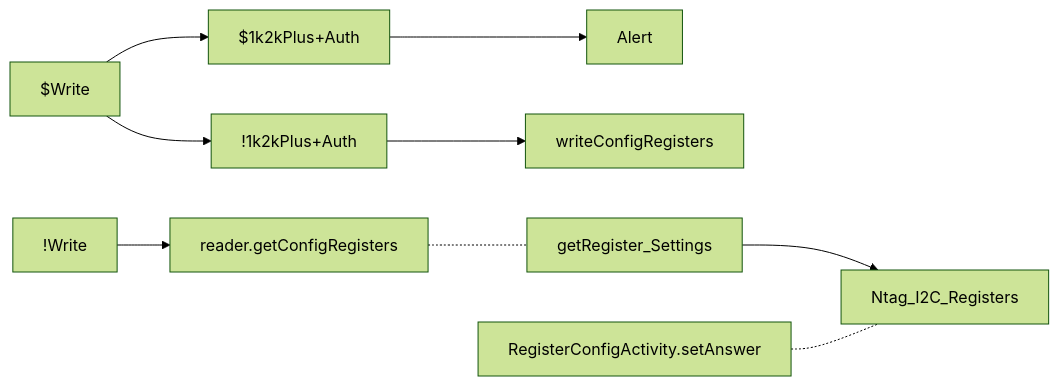
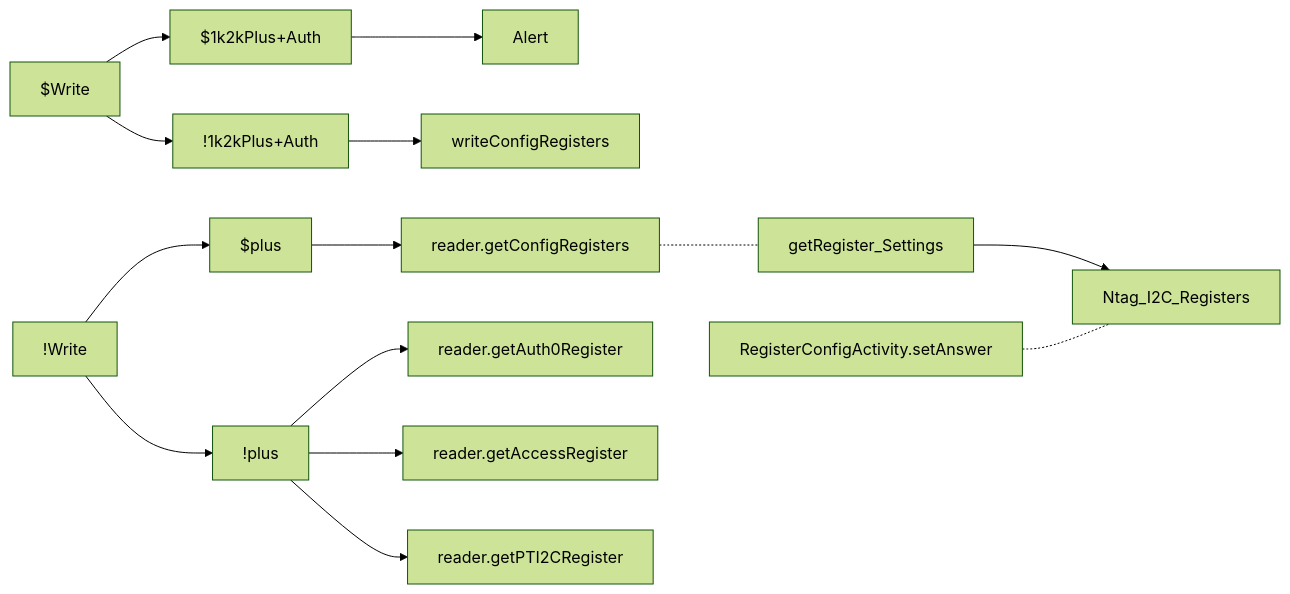
Before and after one commit to gordianknotC/nxp_note: the ninth of 9 diagrams in nxp/NtagDemo_mermaid.md, drawn with Mermaid (forest theme). The commit also changed other lines of this file, not shown here.

Commit message:
nxp/NtagDemo_mermaid.md updated from https://stackedit.io/

````diff
--- a/nxp/NtagDemo_mermaid.md
+++ b/nxp/NtagDemo_mermaid.md
@@ -285,18 +285,23 @@
 ```mermaid
 graph LR
 $Write
 !Write
 $1k2kPlus+Auth
 !1k2kPlus+Auth
 
 $Write --> $1k2kPlus+Auth
 $1k2kPlus+Auth --> Alert
 $Write --> !1k2kPlus+Auth
 !1k2kPlus+Auth --> writeConfigRegisters
 
-!Write --> 
-reader.getConfigRegisters
+!Write --> $plus 
+$plus --> reader.getConfigRegisters
 reader.getConfigRegisters -.- getRegister_Settings
 getRegister_Settings --> Ntag_I2C_Registers
 RegisterConfigActivity.setAnswer -.- Ntag_I2C_Registers
+
+!Write --> !plus
+!plus --> reader.getAuth0Register
+!plus --> reader.getAccessRegister
+!plus --> reader.getPTI2CRegister
 ```
````
